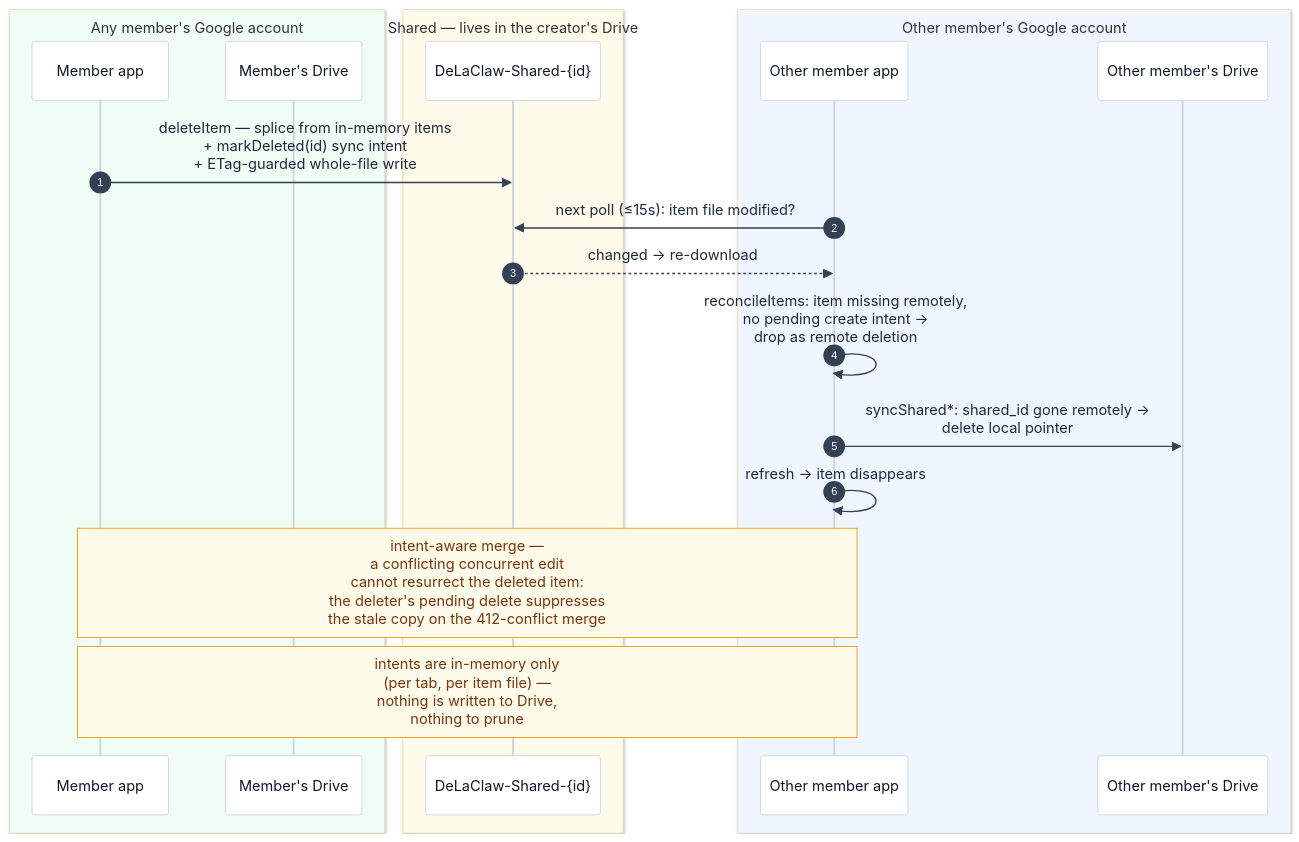
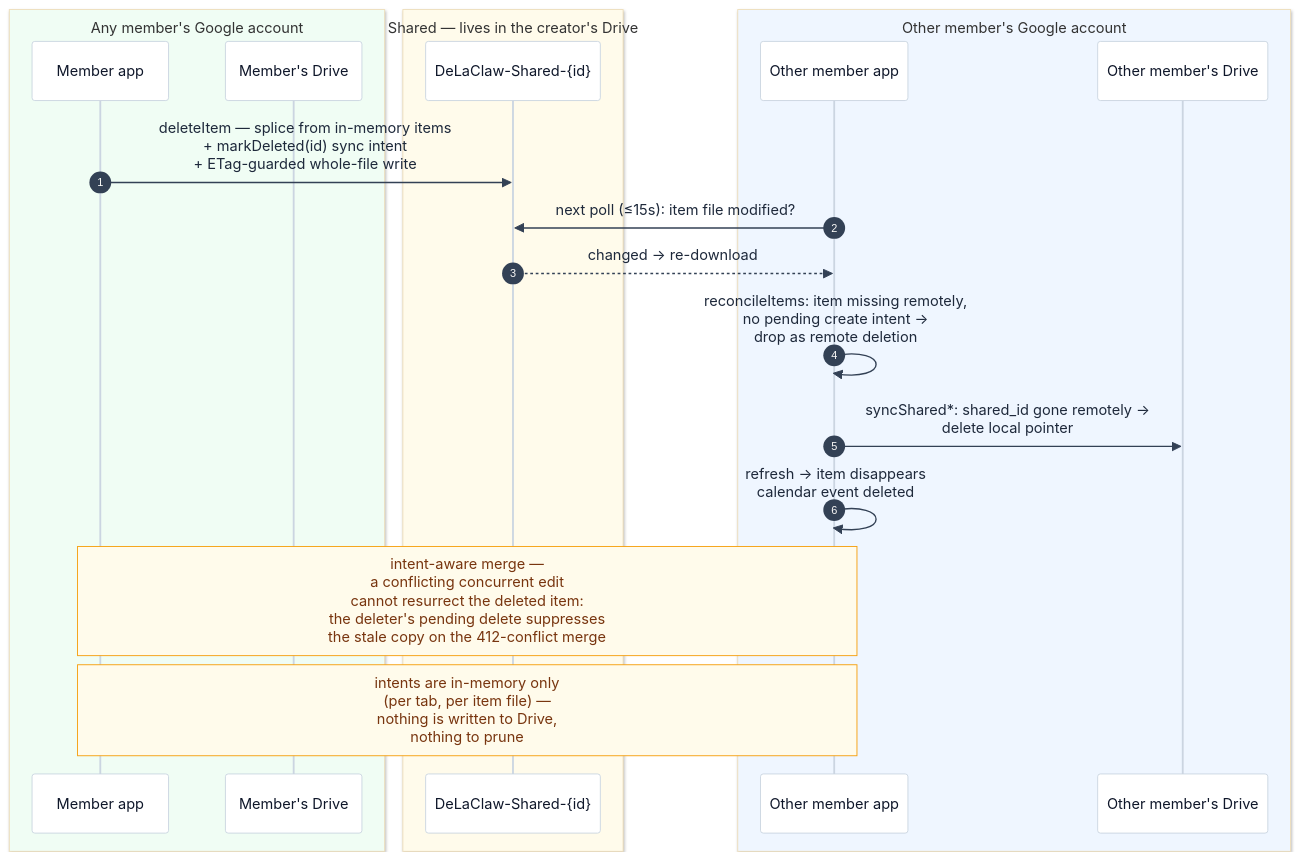
Before and after one commit to AntGro/DeLaClaw: the eighth of 13 diagrams in docs-site/sharing.md, drawn with Mermaid. The commit also changed other lines of this file and 18 other files, not shown here.

````diff
--- a/docs-site/sharing.md
+++ b/docs-site/sharing.md
@@ -329,25 +334,25 @@
 ```mermaid
 %%{init: {'theme': 'base', 'themeVariables': {'background': '#fbfaf8', 'actorBkg': '#ffffff', 'actorBorder': '#cbd5e1', 'actorTextColor': '#0f172a', 'actorLineColor': '#cbd5e1', 'signalColor': '#334155', 'signalTextColor': '#1e293b', 'noteBkgColor': '#fffbeb', 'noteBorderColor': '#f59e0b', 'noteTextColor': '#78350f', 'labelBoxBkgColor': '#0f172a', 'labelBoxBorderColor': '#0f172a', 'labelTextColor': '#ffffff'}}}%%
 sequenceDiagram
     autonumber
     box rgb(240,253,244) Any member's Google account
     participant MA as Member app
     participant MD as Member's Drive
     end
     box rgb(255,251,235) Shared — lives in the creator's Drive
     participant SF as DeLaClaw-Shared-{id}
     end
     box rgb(239,246,255) Other member's Google account
     participant OA as Other member app
     participant OD as Other member's Drive
     end
 
     MA->>SF: deleteItem — splice from in-memory items<br/>+ markDeleted(id) sync intent<br/>+ ETag-guarded whole-file write
     OA->>SF: next poll (≤15s): item file modified?
     SF-->>OA: changed → re-download
     OA->>OA: reconcileItems: item missing remotely,<br/>no pending create intent →<br/>drop as remote deletion
     OA->>OD: syncShared*: shared_id gone remotely →<br/>delete local pointer
-    OA->>OA: refresh → item disappears
+    OA->>OA: refresh → item disappears<br/>calendar event deleted
     Note over MA,OA: intent-aware merge —<br/>a conflicting concurrent edit<br/>cannot resurrect the deleted item:<br/>the deleter's pending delete suppresses<br/>the stale copy on the 412-conflict merge
     Note over MA,OA: intents are in-memory only<br/>(per tab, per item file) —<br/>nothing is written to Drive,<br/>nothing to prune
 ```
````
